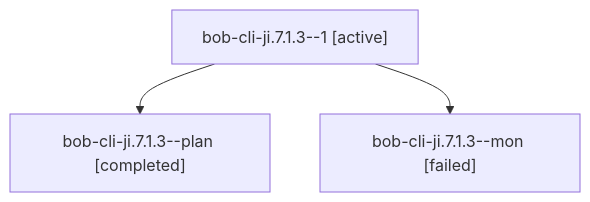
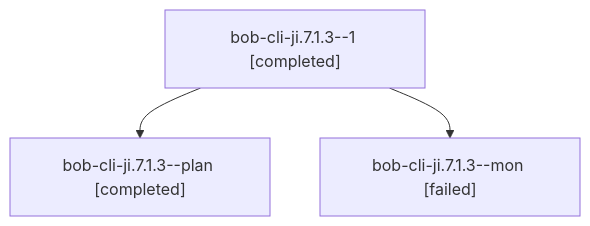
The diagram in sessions/bbugyi200.apollo.bob-cli-ji.7.1.3.md (bobs-org/bob-cli--agents), drawn with Mermaid before and after one commit. The commit also changed other lines of this file and 107 other files, not shown here.

````diff
--- a/sessions/bbugyi200.apollo.bob-cli-ji.7.1.3.md
+++ b/sessions/bbugyi200.apollo.bob-cli-ji.7.1.3.md
@@ -9,8 +9,8 @@
 ```mermaid
 flowchart TD
-  n0["bob-cli-ji.7.1.3--1 [active]"]
+  n0["bob-cli-ji.7.1.3--1 [completed]"]
   n1["bob-cli-ji.7.1.3--plan [completed]"]
   n0 --> n1
   n2["bob-cli-ji.7.1.3--mon [failed]"]
   n0 --> n2
 ```
````
